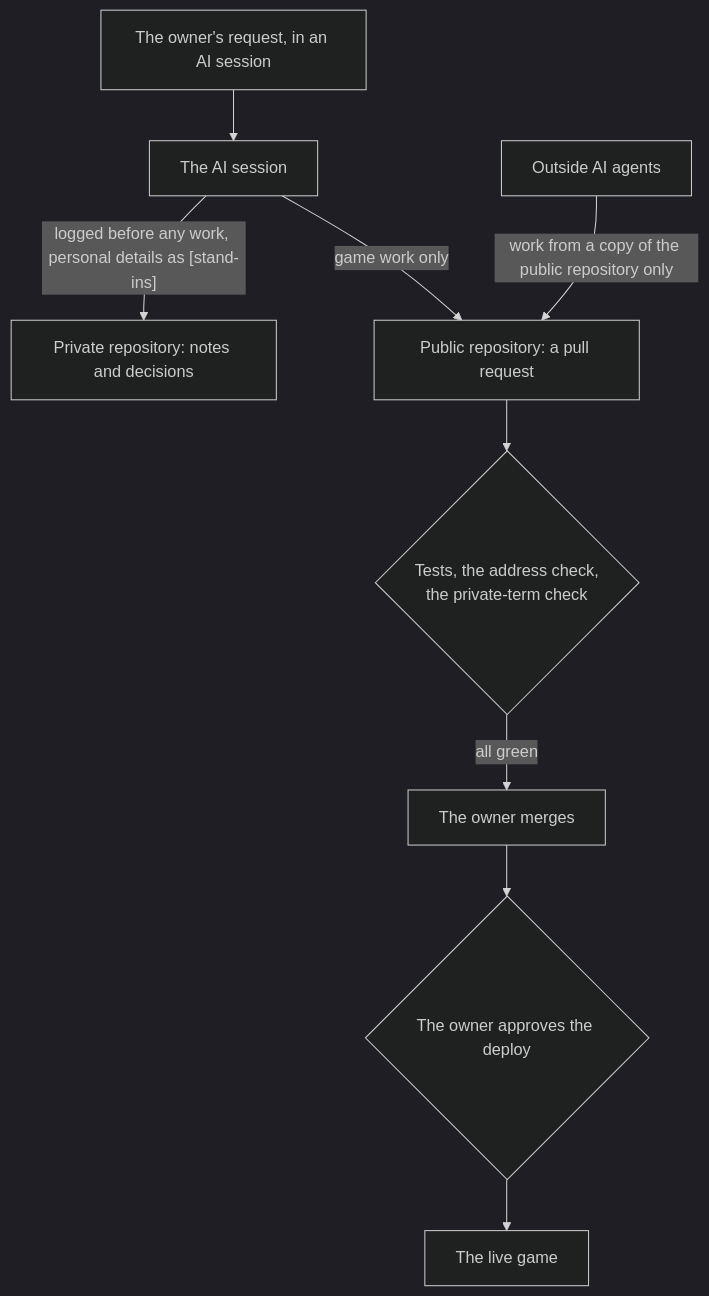
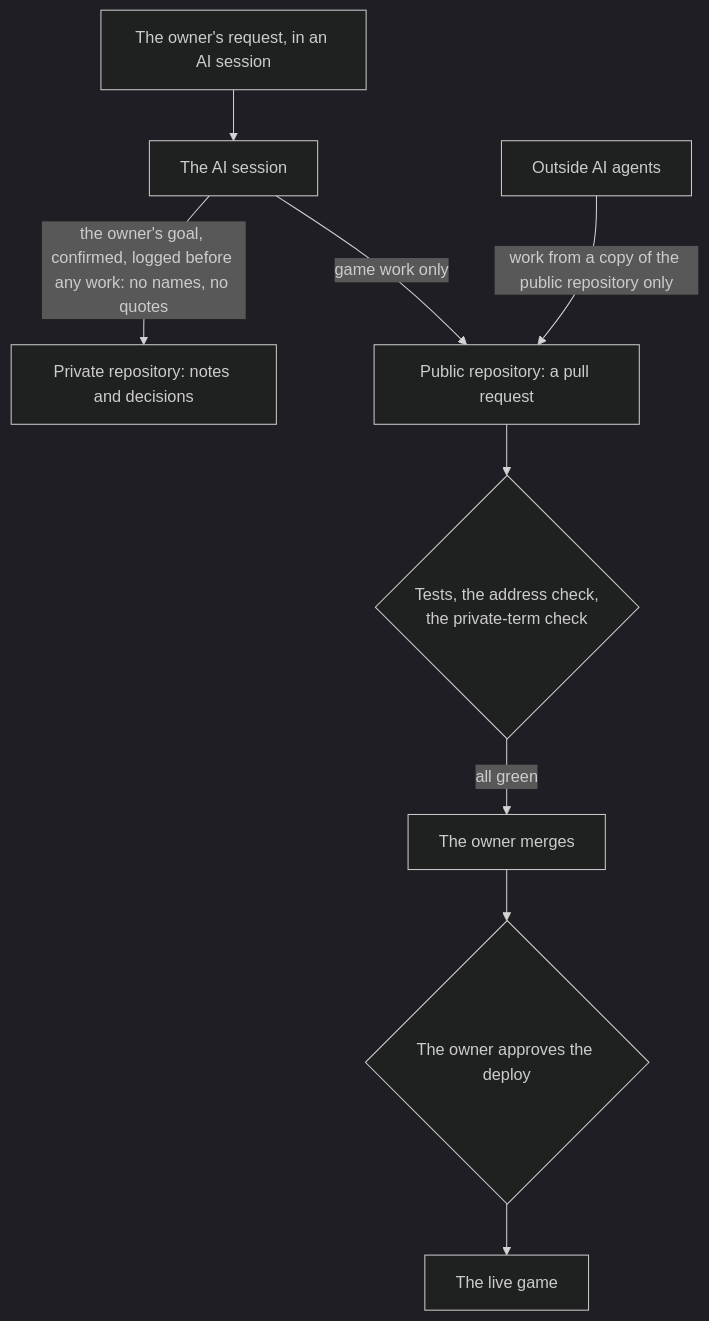
Before and after one commit to rcguerrero29/Taller_Quest: the diagram in docs/PRIVACY.md, drawn with Mermaid (dark theme). The commit also changed 30 other files, not shown here.

First line of the commit message:
Log the owner's confirmed goal, not his words: the public contract, privacy page, skills and crew

````diff
--- a/docs/PRIVACY.md
+++ b/docs/PRIVACY.md
@@ -18,11 +18,11 @@
 ```mermaid
 flowchart TD
   O["The owner's request, in an AI session"] --> S["The AI session"]
-  S -->|"logged before any work, personal details as [stand-ins]"| P["Private repository: notes and decisions"]
+  S -->|"the owner's goal, confirmed, logged before any work: no names, no quotes"| P["Private repository: notes and decisions"]
   S -->|"game work only"| PR["Public repository: a pull request"]
   PR --> T{"Tests, the address check,<br/>the private-term check"}
   T -->|"all green"| M["The owner merges"]
   M --> D{"The owner approves the deploy"}
   D --> G["The live game"]
   A["Outside AI agents"] -->|"work from a copy of the public repository only"| PR
 ```
````
